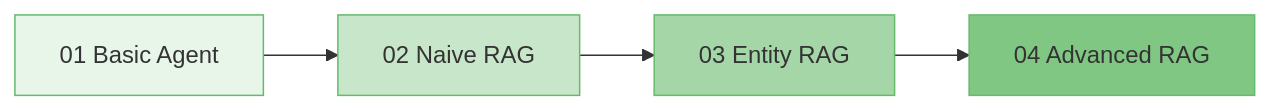
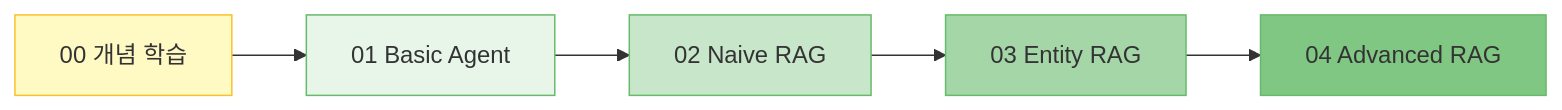
Before and after one commit to Ranponim/rag_agent: the diagram in README.md, drawn with Mermaid. The commit also changed other lines of this file and 18 other files, not shown here.

````diff
--- a/README.md
+++ b/README.md
@@ -97,11 +98,13 @@
 ```mermaid
 graph LR
-    A[01 Basic Agent] --> B[02 Naive RAG]
+    Concept[00 개념 학습] --> A[01 Basic Agent]
+    A --> B[02 Naive RAG]
     B --> C[03 Entity RAG]
     C --> D[04 Advanced RAG]
     
+    style Concept fill:#fff9c4,stroke:#fbc02d
     style A fill:#e8f5e9,stroke:#66bb6a
     style B fill:#c8e6c9,stroke:#66bb6a
     style C fill:#a5d6a7,stroke:#66bb6a
     style D fill:#81c784,stroke:#66bb6a
 ```
````
